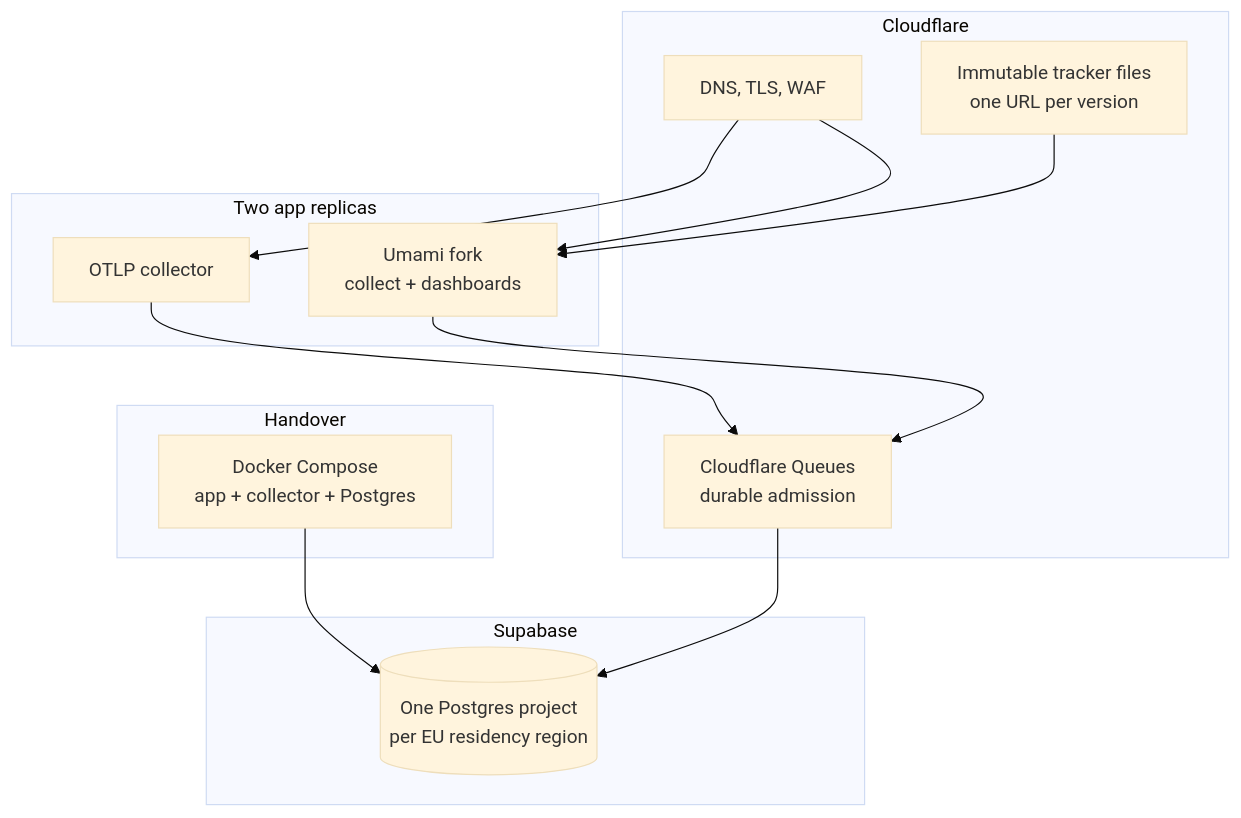
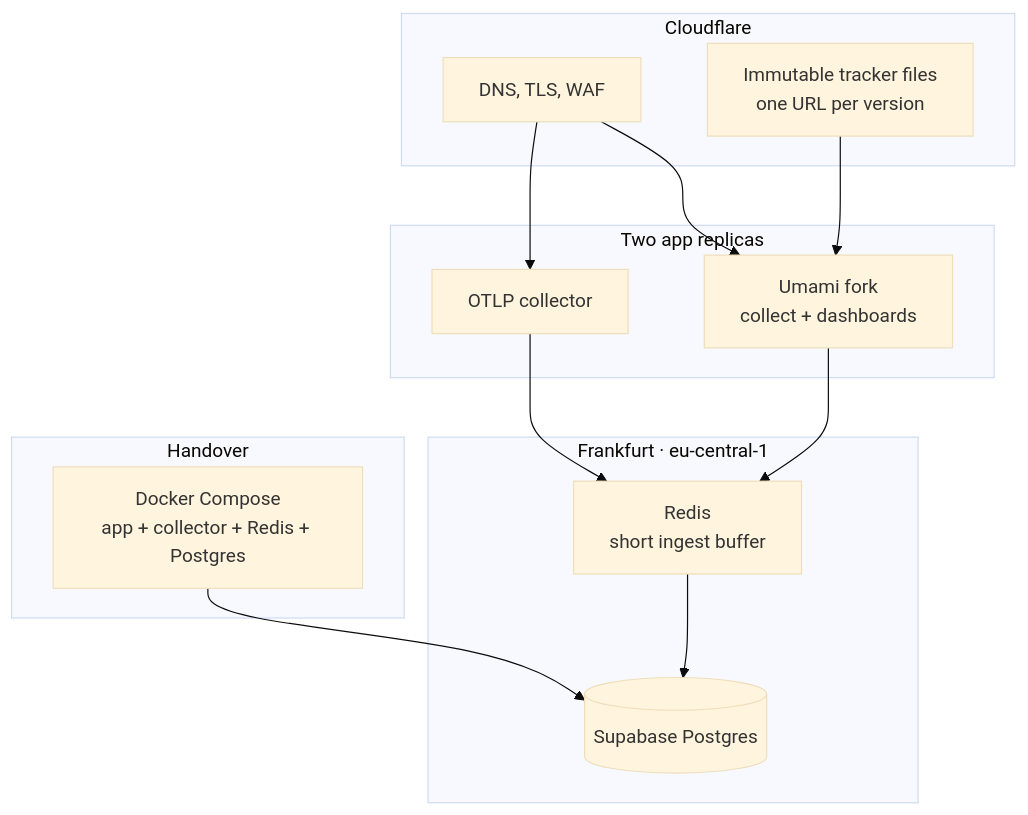
One commit to HeylmStoned/scf-analytics-docs changed the diagram in infrastructure.md. Above: the diagram before and after it, drawn with Mermaid (base theme). The commit also changed other lines of this file and 11 other files, not shown here.

First line of the commit message:
Publish Part B reviewer fixes: full architecture, Redis, Frankfurt, commitments.

````diff
--- a/infrastructure.md
+++ b/infrastructure.md
@@ -3,28 +3,28 @@
 ```mermaid
 flowchart TB
   subgraph CF["Cloudflare"]
     DNS["DNS, TLS, WAF"]
     Assets["Immutable tracker files<br/>one URL per version"]
-    Q["Cloudflare Queues<br/>durable admission"]
   end
 
   subgraph App["Two app replicas"]
     Umami["Umami fork<br/>collect + dashboards"]
     Collector["OTLP collector"]
   end
 
-  subgraph Store["Supabase"]
-    PG[("One Postgres project<br/>per EU residency region")]
+  subgraph Store["Frankfurt · eu-central-1"]
+    PG[("Supabase Postgres")]
+    Redis["Redis<br/>short ingest buffer"]
   end
 
   subgraph Handback["Handover"]
-    Compose["Docker Compose<br/>app + collector + Postgres"]
+    Compose["Docker Compose<br/>app + collector + Redis + Postgres"]
   end
 
   DNS --> Umami
   DNS --> Collector
   Assets --> Umami
-  Umami --> Q --> PG
-  Collector --> Q
+  Umami --> Redis --> PG
+  Collector --> Redis
   Compose --> PG
 ```
````
